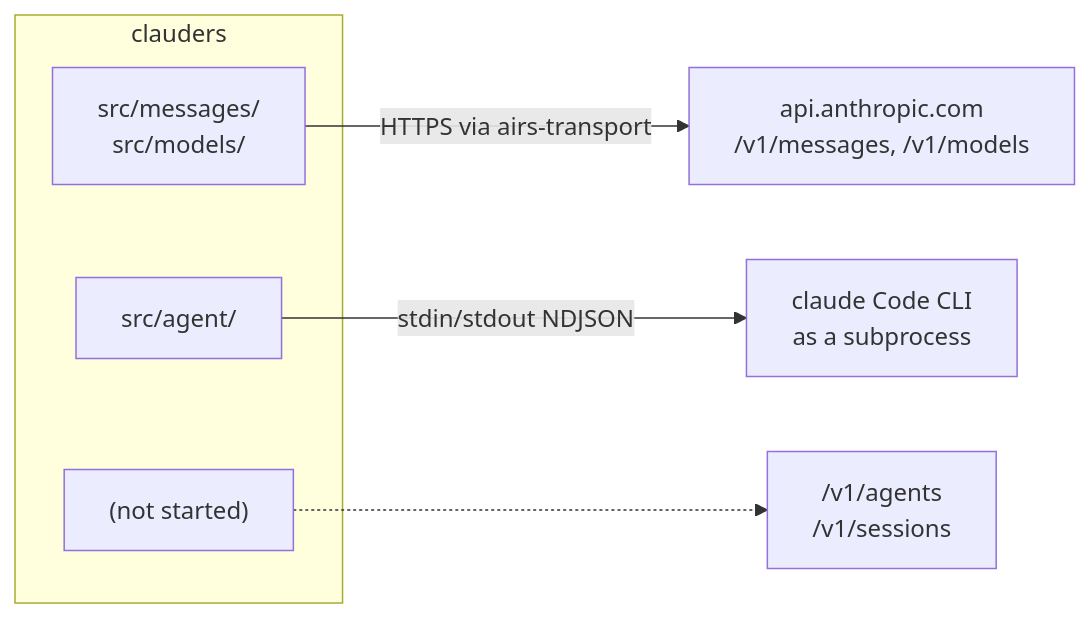
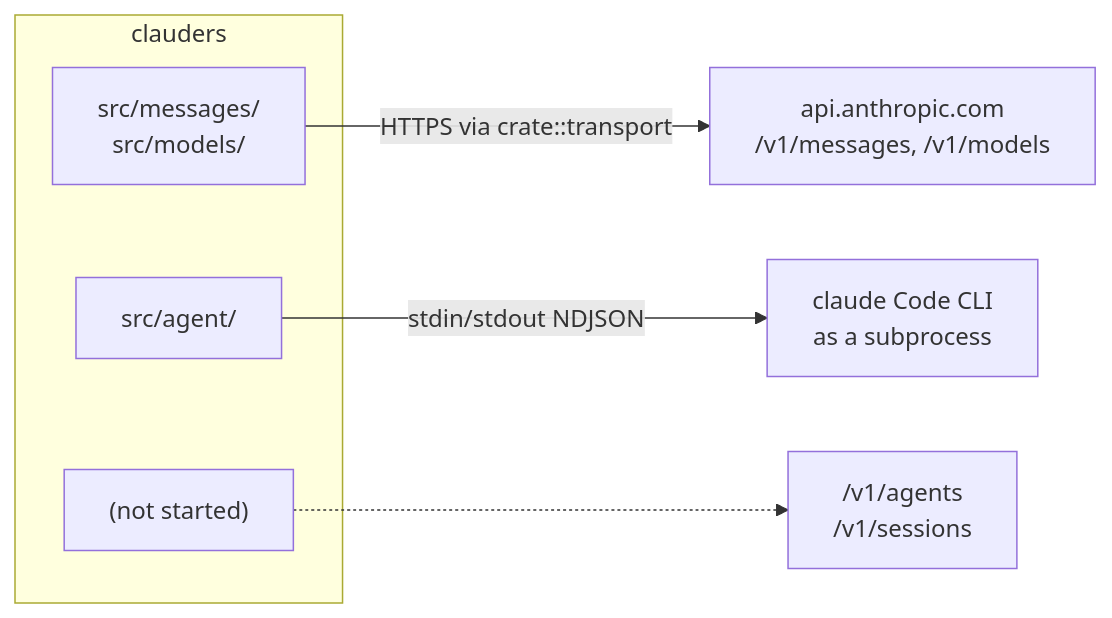
Before and after one commit to airsstack/claudestacks: the first of 2 diagrams in crates/clauders/docs/architecture.md, drawn with Mermaid. The commit also changed 1 other file, not shown here.

Commit message:
docs: add README and repoint the architecture diagram
What the repository is, the three crates, the five-plugin suite, the cargo-make
commands, and how to install the suite from the marketplace.

The plugin table is built from `.claude-plugin/marketplace.json` and each
plugin's own README rather than carried from the monorepo's seven-row version,
and the upstream attributions to superpowers and caveman are restated from the
plugin READMEs that carry them.

The crates section records why `clauders` carries its HTTP transport in-tree:
`airs-transport` stays in the monorepo where `openrouter-rs` still uses it, and
vendoring lets the two copies diverge instead of coupling two repositories over
one dependency.

`crates/clauders/docs/architecture.md` had a mermaid edge still labelled
`HTTPS via airs-transport`; it now reads `crate::transport`, matching where the
code actually lives.

Every relative link in the README was checked to resolve.

````diff
--- a/crates/clauders/docs/architecture.md
+++ b/crates/clauders/docs/architecture.md
@@ -25,11 +25,11 @@
 ```mermaid
 graph LR
     subgraph clauders
         M["src/messages/<br/>src/models/"]
         A["src/agent/"]
         G["(not started)"]
     end
-    M -->|HTTPS via airs-transport| API["api.anthropic.com<br/>/v1/messages, /v1/models"]
+    M -->|HTTPS via crate::transport| API["api.anthropic.com<br/>/v1/messages, /v1/models"]
     A -->|stdin/stdout NDJSON| BIN["claude Code CLI<br/>as a subprocess"]
     G -.-> MA["/v1/agents<br/>/v1/sessions"]
 ```
````
